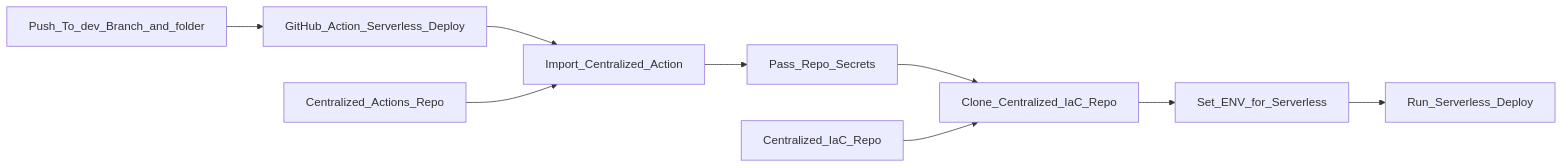
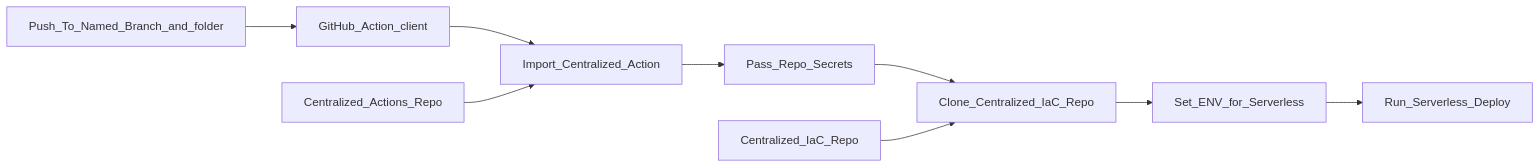
The diagram in README.md (OpsWrangler/OW-HelloWorld), drawn with Mermaid before and after one commit. The commit also changed other lines of this file, not shown here.

````diff
--- a/README.md
+++ b/README.md
@@ -20,12 +20,12 @@
 ```mermaid
 graph LR
-    Push_To_dev_Branch_and_folder -->
-    GitHub_Action_Serverless_Deploy -->
+    Push_To_Named_Branch_and_folder -->
+    GitHub_Action_client -->
     Import_Centralized_Action -->
     Pass_Repo_Secrets -->
     Clone_Centralized_IaC_Repo -->
     Set_ENV_for_Serverless -->
     Run_Serverless_Deploy
     Centralized_Actions_Repo --> Import_Centralized_Action
     Centralized_IaC_Repo --> Clone_Centralized_IaC_Repo
 ```
````
